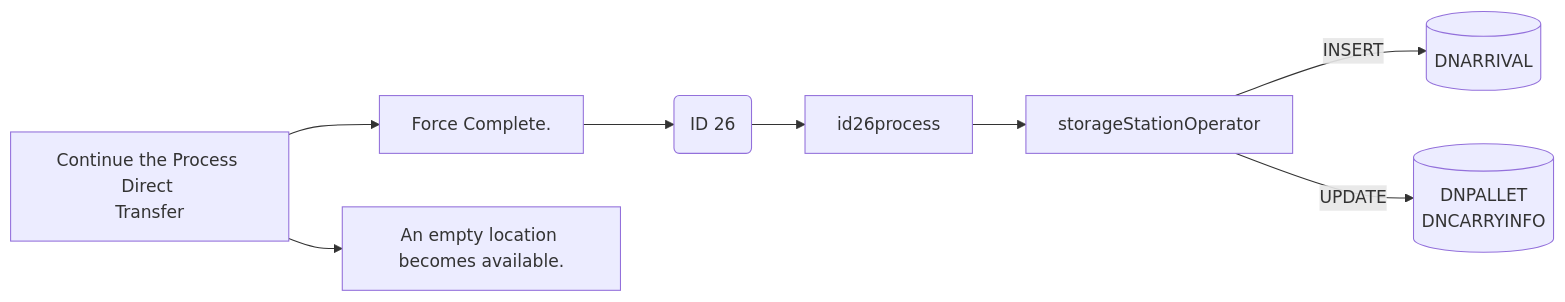
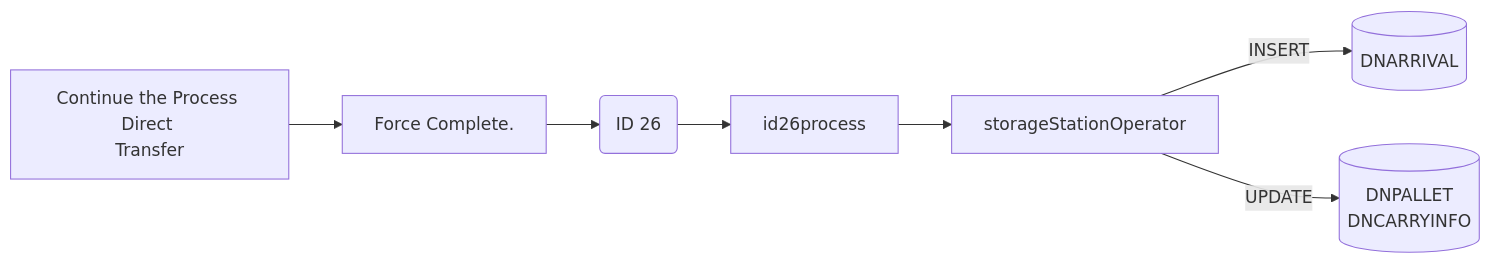
Before and after one commit to luthfiadityaa/SimeDarby-Wiki: diagram 21 of 22 in Basic-Design/DFD-WMS/Storage/Palletizing-Settting/Irregular-Cases.md, drawn with Mermaid. The commit also changed other lines of this file, not shown here.

Commit message:
Updated Irregular Cases

```diff
--- a/Basic-Design/DFD-WMS/Storage/Palletizing-Settting/Irregular-Cases.md
+++ b/Basic-Design/DFD-WMS/Storage/Palletizing-Settting/Irregular-Cases.md
@@ -1163,36 +1163,31 @@
 ::: mermaid
 flowchart LR
 
 releaseCommand["
 Continue the Process Direct 
 Transfer
 "]
 
 id26msg("
 ID 26
 ")
 
 id26-insert[("
 DNARRIVAL
 ")]
 
 id26-update[("
 DNPALLET
 DNCARRYINFO
 ")];
 
 releaseCommand2["
 Force Complete.
 "]
 
-releaseCommand3["
-An empty location becomes available. 
-"]
-
 storageStationOperator[storageStationOperator]
 
-releaseCommand-->releaseCommand3
 releaseCommand-->releaseCommand2-->id26msg-->id26process-->storageStationOperator
 storageStationOperator--> |INSERT| id26-insert
 storageStationOperator--> |UPDATE| id26-update
 :::
```
